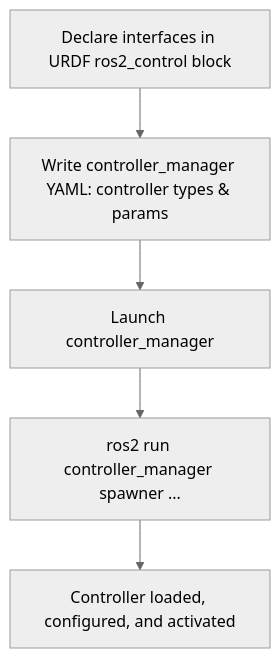
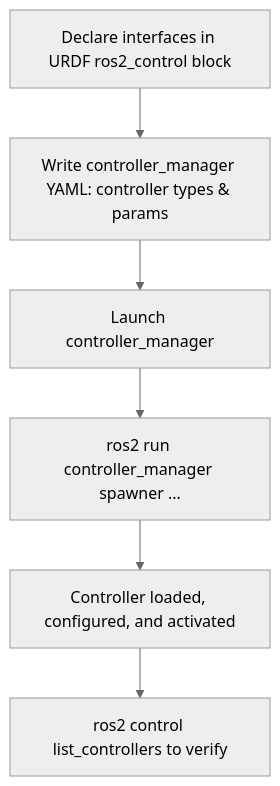
Before and after one commit to jgyy/robotcon: the diagram in 09robotcreation/ros-control/03-configuring-the-controllers.md, drawn with Mermaid (neutral theme). The commit also changed other lines of this file and 27 other files, not shown here.

````diff
--- a/09robotcreation/ros-control/03-configuring-the-controllers.md
+++ b/09robotcreation/ros-control/03-configuring-the-controllers.md
@@ -7,7 +7,8 @@
 ```mermaid
 flowchart TD
     A[Declare interfaces in URDF ros2_control block] --> B[Write controller_manager YAML: controller types & params]
     B --> C[Launch controller_manager]
     C --> D["ros2 run controller_manager spawner ..."]
     D --> E[Controller loaded, configured, and activated]
+    E --> F[ros2 control list_controllers to verify]
 ```
````
